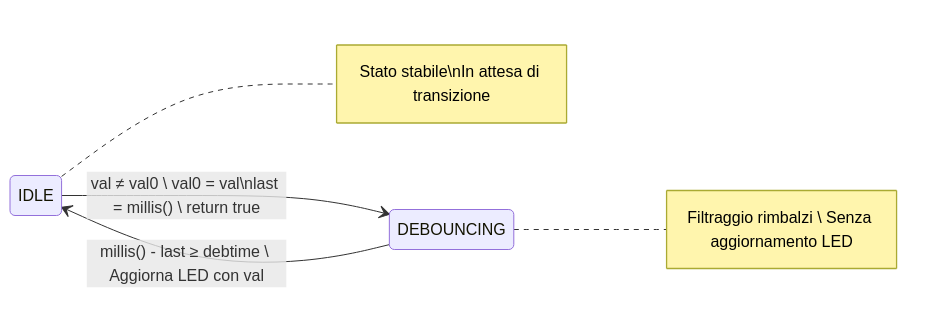
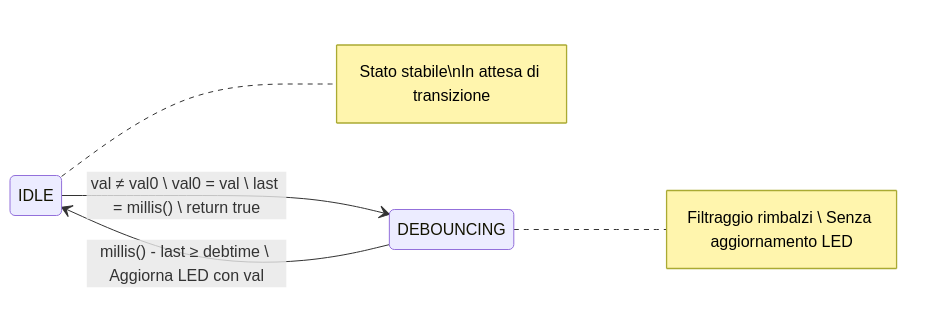
The diagram in debouncerFSM2.md (sebastianomelita/ArduinoBareMetal), drawn with Mermaid before and after one commit.

````diff
--- a/debouncerFSM2.md
+++ b/debouncerFSM2.md
@@ -136,12 +136,12 @@
 ```mermaid
 %%{init: {'theme': 'default', 'themeVariables': { 'primaryColor': '#ffffff', 'primaryTextColor': '#000000', 'primaryBorderColor': '#000000', 'lineColor': '#000000', 'secondaryColor': '#f4f4f4', 'tertiaryColor': '#ffffff' }}}%%
 stateDiagram-v2
     direction LR
     
-    IDLE --> DEBOUNCING: val ≠ val0 \ val0 = val\nlast = millis() \ return true
+    IDLE --> DEBOUNCING: val ≠ val0 \ val0 = val \ last = millis() \ return true
     DEBOUNCING --> IDLE: millis() - last ≥ debtime \ Aggiorna LED con val
     
     note right of IDLE: Stato stabile\nIn attesa di transizione
     note right of DEBOUNCING: Filtraggio rimbalzi \ Senza aggiornamento LED
 
 ```
````
